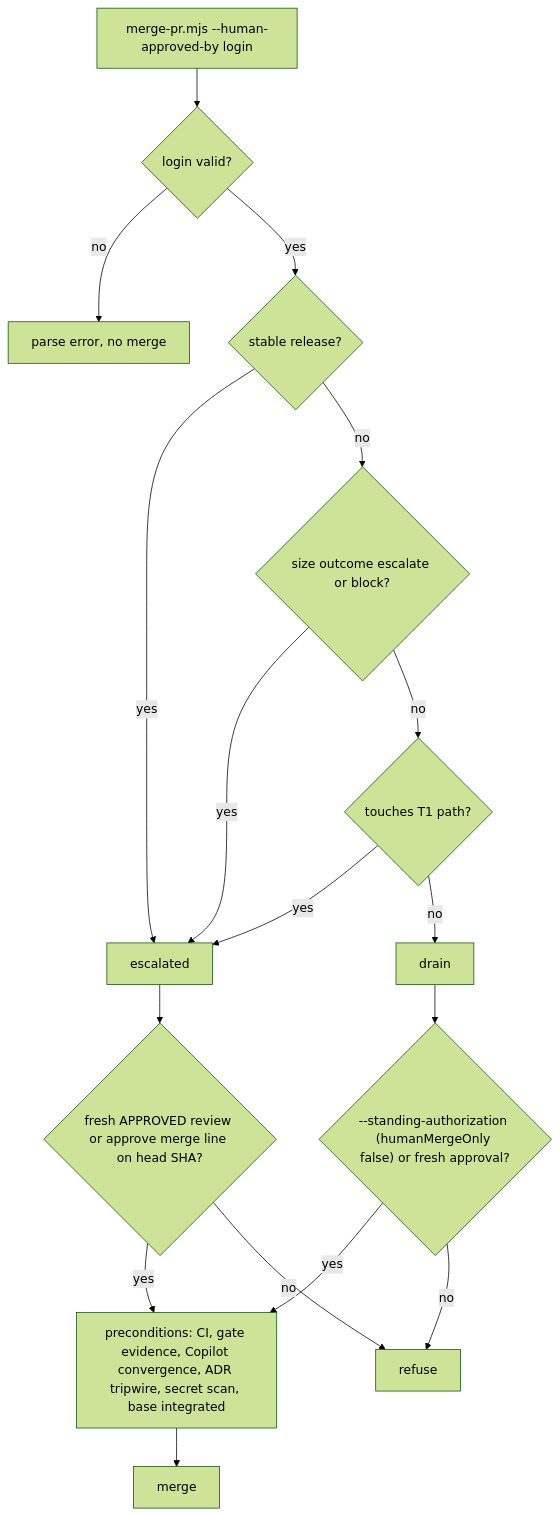
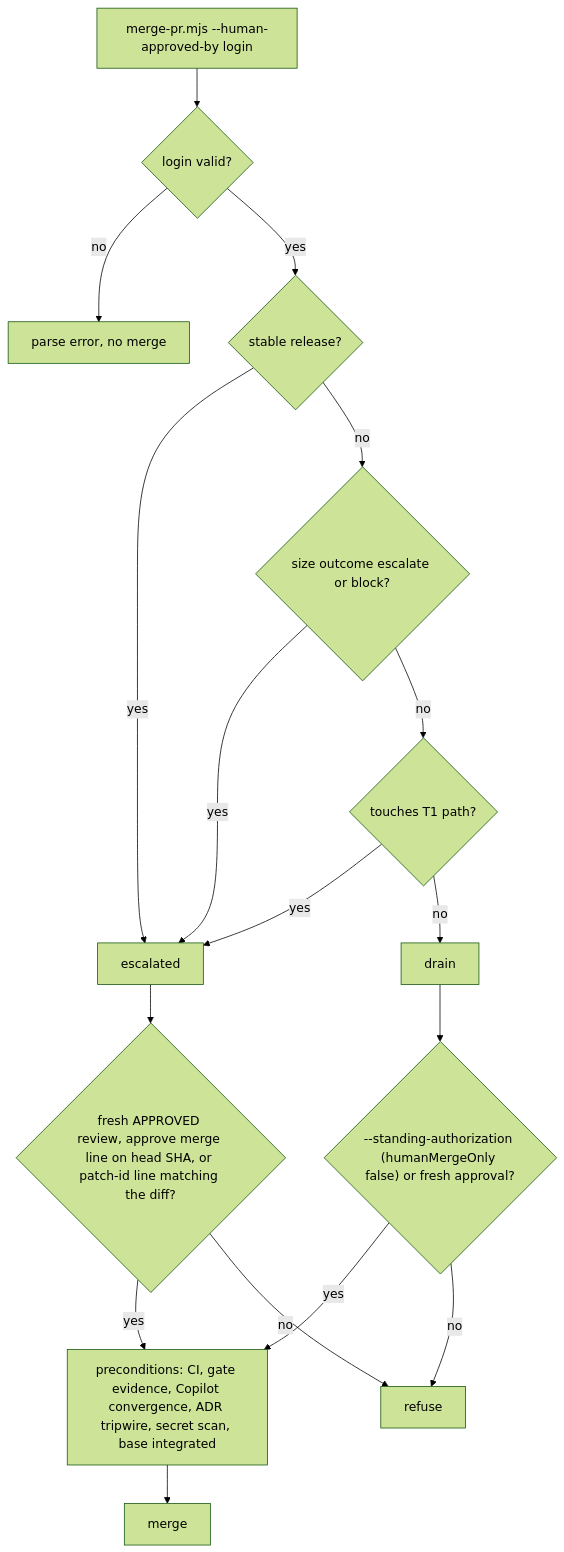
Diagram 13 of 14 in docs/atlas/04-main-flows.md (mfittko/dev-loops), drawn with Mermaid (forest theme) before and after one commit. The commit also changed other lines of this file, not shown here.

First line of the commit message:
docs(atlas): refresh section 04-main-flows to f6619004d

````diff
--- a/docs/atlas/04-main-flows.md
+++ b/docs/atlas/04-main-flows.md
@@ -398,19 +404,19 @@
 ```mermaid
 flowchart TD
   IN["merge-pr.mjs --human-approved-by login"] --> V{"login valid?"}
   V -->|no| REF["parse error, no merge"]
   V -->|yes| SR{"stable release?"}
   SR -->|yes| ESC["escalated"]
   SR -->|no| SZ{"size outcome escalate or block?"}
   SZ -->|yes| ESC
   SZ -->|no| T1{"touches T1 path?"}
   T1 -->|yes| ESC
   T1 -->|no| DRN["drain"]
   DRN --> AD{"--standing-authorization (humanMergeOnly false) or fresh approval?"}
-  ESC --> AE{"fresh APPROVED review or approve merge line on head SHA?"}
+  ESC --> AE{"fresh APPROVED review, approve merge line on head SHA, or patch-id line matching the diff?"}
   AD -->|yes| PRE["preconditions: CI, gate evidence, Copilot convergence, ADR tripwire, secret scan, base integrated"]
   AE -->|yes| PRE
   AD -->|no| STOP["refuse"]
   AE -->|no| STOP
   PRE --> MERGE["merge"]
 ```
````
